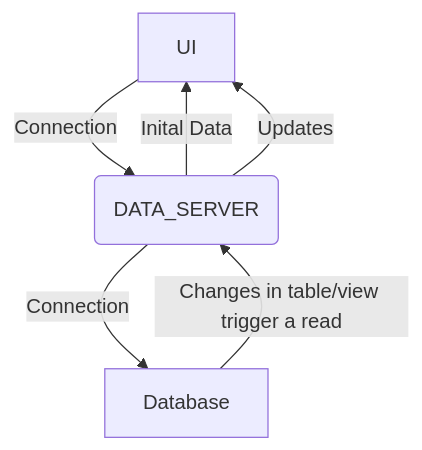
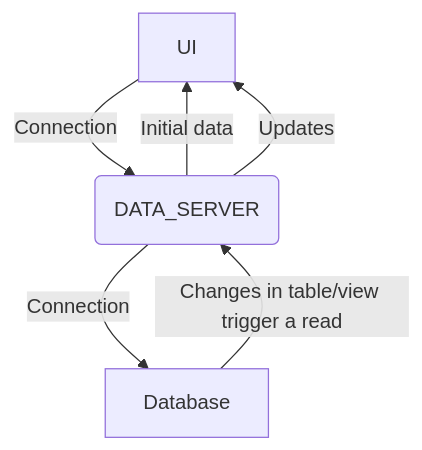
One commit to genesiscommunitysuccess/docs changed the diagram in docs/03_server/02_data-server/01_introduction.md. Above: the diagram before and after it, drawn with Mermaid. The commit also changed other lines of this file and 6 other files, not shown here.

````diff
--- a/docs/03_server/02_data-server/01_introduction.md
+++ b/docs/03_server/02_data-server/01_introduction.md
@@ -9,8 +11,8 @@
 ```mermaid
 graph TD
 A[UI] --> |Connection| B(DATA_SERVER)
-B -->|Inital Data| A
+B -->|Initial data| A
 B --> |Updates| A
 B -->|Connection| C[Database]
 C --> |Changes in table/view trigger a read|B
 ```
````
